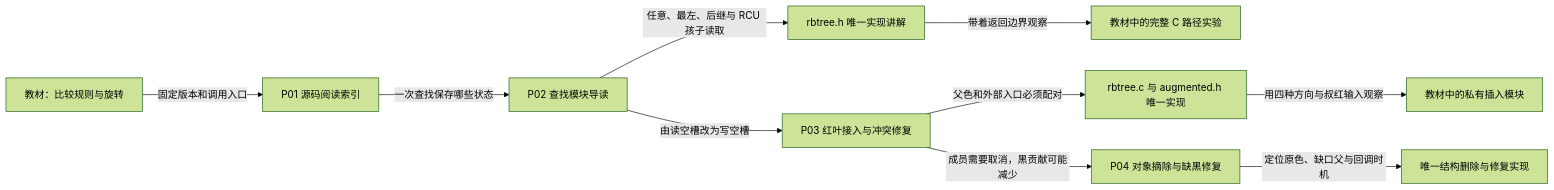
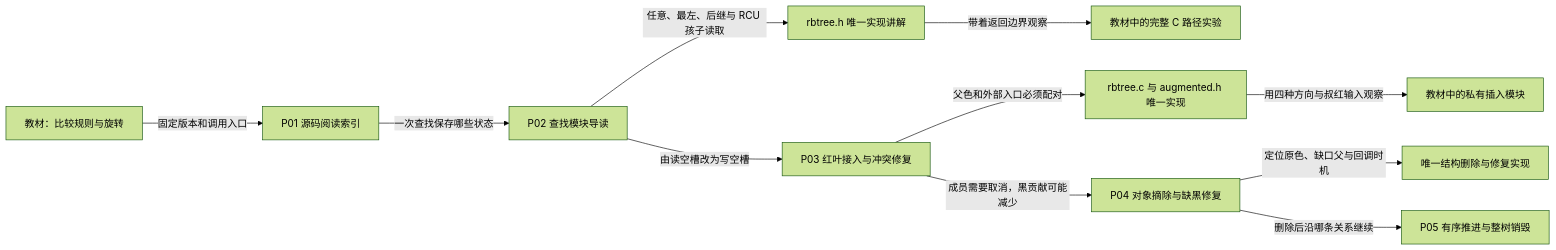
One commit to FormingSystem/linux_note changed the diagram in research/source_reading/rbtree/大纲.md. Above: the diagram before and after it, drawn with Mermaid (forest theme). The commit also changed other lines of this file and 20 other files, not shown here.

````diff
--- a/research/source_reading/rbtree/大纲.md
+++ b/research/source_reading/rbtree/大纲.md
@@ -15,12 +15,13 @@
 ```mermaid
 flowchart LR
     K["教材：比较规则与旋转"] -->|"固定版本和调用入口"| I["P01 源码阅读索引"]
     I -->|"一次查找保存哪些状态"| N["P02 查找模块导读"]
     N -->|"任意、最左、后继与 RCU 孩子读取"| S["rbtree.h 唯一实现讲解"]
     S -->|"带着返回边界观察"| E["教材中的完整 C 路径实验"]
     N -->|"由读空槽改为写空槽"| A["P03 红叶接入与冲突修复"]
     A -->|"父色和外部入口必须配对"| R["rbtree.c 与 augmented.h 唯一实现"]
     R -->|"用四种方向与叔红输入观察"| M["教材中的私有插入模块"]
     A -->|"成员需要取消，黑贡献可能减少"| D["P04 对象摘除与缺黑修复"]
     D -->|"定位原色、缺口父与回调时机"| Q["唯一结构删除与修复实现"]
+    D -->|"删除后沿哪条关系继续"| W["P05 有序推进与整树销毁"]
 ```
````
